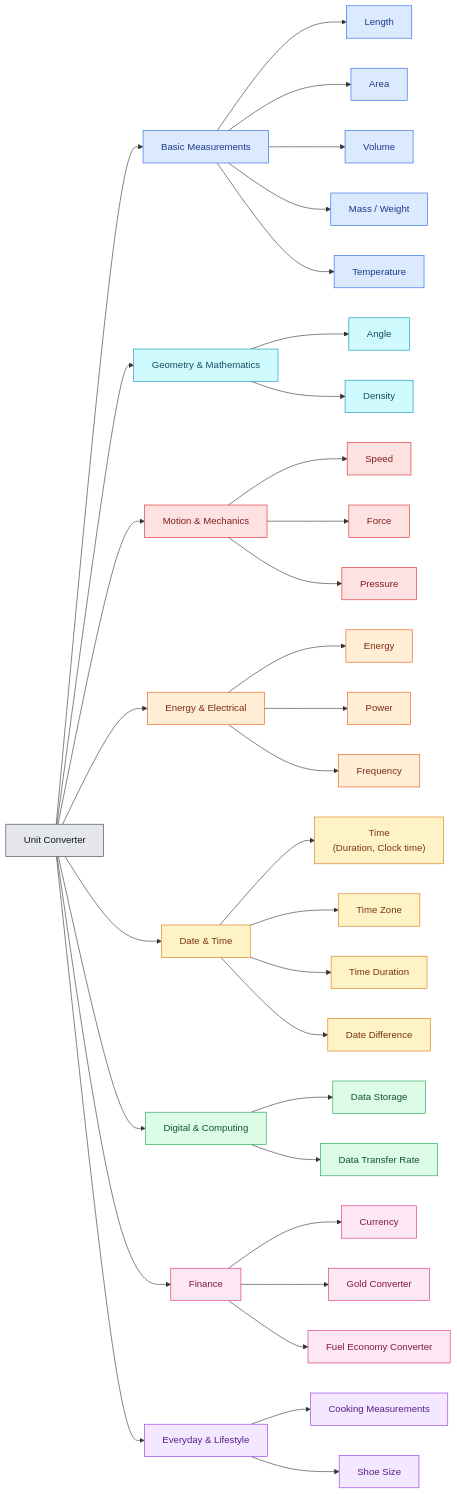
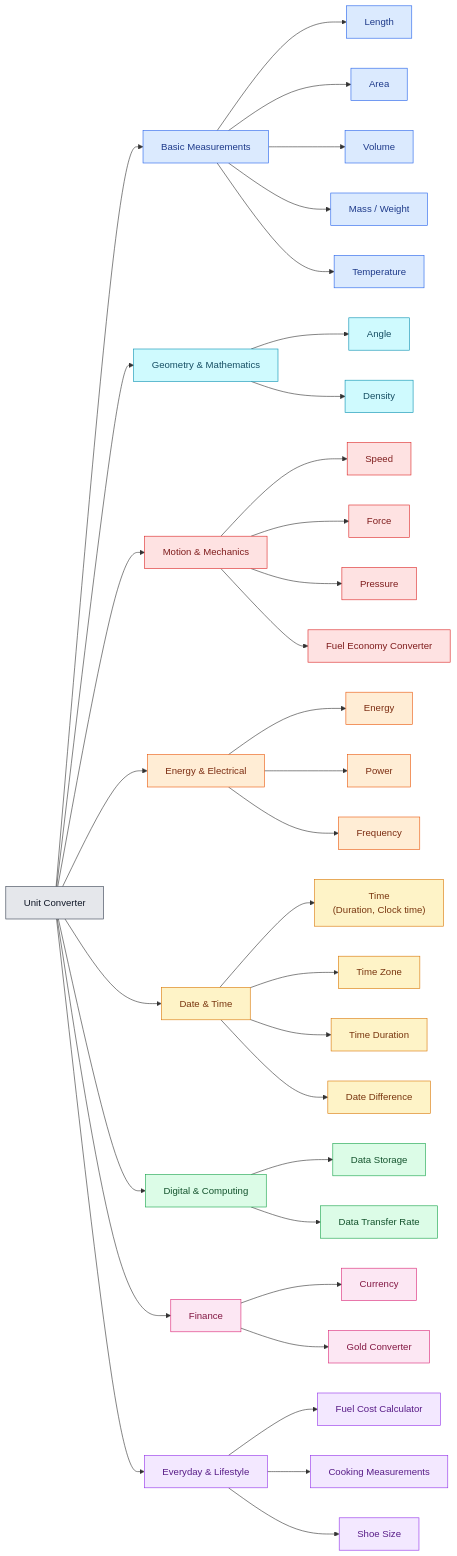
One commit to Aniruddha-25/unit-convertor changed the diagram in README.md. Above: the diagram before and after it, drawn with Mermaid. The commit also changed 28 other files, not shown here.

First line of the commit message:
Add fuel cost calculator and improve live feeds

````diff
--- a/README.md
+++ b/README.md
@@ -10,67 +10,68 @@
 ```mermaid
 flowchart LR
     A["Unit Converter"]
 
     A --> B["Basic Measurements"]
     A --> C["Geometry & Mathematics"]
     A --> D["Motion & Mechanics"]
     A --> E["Energy & Electrical"]
     A --> F["Date & Time"]
     A --> G["Digital & Computing"]
     A --> I["Finance"]
     A --> H["Everyday & Lifestyle"]
 
     B --> B1["Length"]
     B --> B2["Area"]
     B --> B3["Volume"]
     B --> B4["Mass / Weight"]
     B --> B5["Temperature"]
 
     C --> C1["Angle"]
     C --> C2["Density"]
 
     D --> D1["Speed"]
     D --> D2["Force"]
     D --> D3["Pressure"]
+    D --> D4["Fuel Economy Converter"]
 
     E --> E1["Energy"]
     E --> E2["Power"]
     E --> E3["Frequency"]
 
     F --> F1["Time<br/>(Duration, Clock time)"]
     F --> F2["Time Zone"]
     F --> F3["Time Duration"]
     F --> F4["Date Difference"]
 
     G --> G1["Data Storage"]
     G --> G2["Data Transfer Rate"]
 
     I --> I1["Currency"]
     I --> I2["Gold Converter"]
   
-    I --> I3["Fuel Economy Converter"]
 
+    H --> H1["Fuel Cost Calculator"]
     H --> H2["Cooking Measurements"]
     H --> H3["Shoe Size"]
 
     classDef root fill:#e5e7eb,stroke:#374151,color:#111827
     classDef basic fill:#dbeafe,stroke:#2563eb,color:#1e3a8a
     classDef geometry fill:#cffafe,stroke:#0891b2,color:#164e63
     classDef motion fill:#fee2e2,stroke:#dc2626,color:#7f1d1d
     classDef energy fill:#ffedd5,stroke:#ea580c,color:#7c2d12
     classDef datetime fill:#fef3c7,stroke:#d97706,color:#78350f
     classDef digital fill:#dcfce7,stroke:#16a34a,color:#14532d
     classDef finance fill:#fce7f3,stroke:#db2777,color:#831843
     classDef lifestyle fill:#f3e8ff,stroke:#9333ea,color:#581c87
   
 
     class A root
     class B,B1,B2,B3,B4,B5 basic
     class C,C1,C2 geometry
-    class D,D1,D2,D3 motion
+    class D,D1,D2,D3,D4 motion
     class E,E1,E2,E3 energy
     class F,F1,F2,F3,F4 datetime
     class G,G1,G2 digital
-    class I,I1,I2,I3 finance
-    class H,H2,H3 lifestyle
+    class I,I1,I2 finance
+    class H,H1,H2,H3 lifestyle
 ```
````
